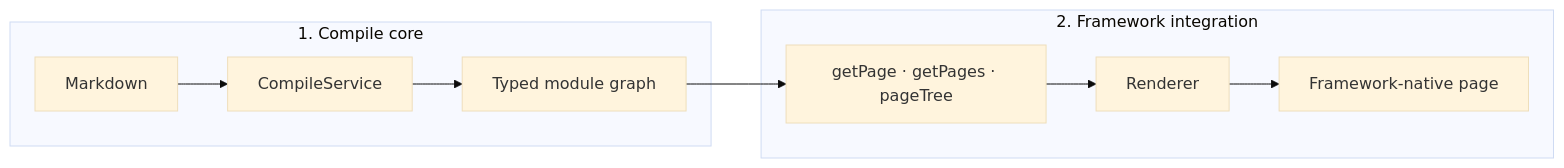
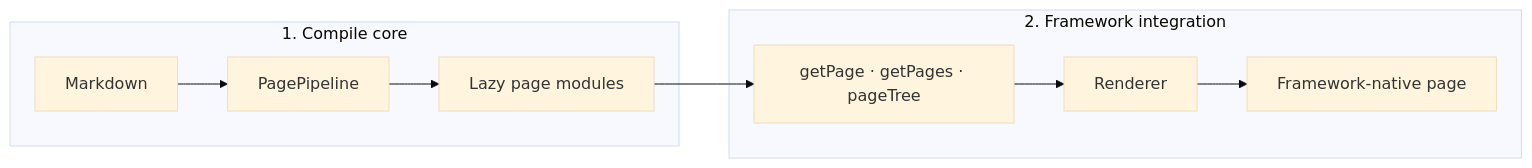
Before and after one commit to kanakkholwal/docvia: the diagram in apps/web/src/docs/guide/index.md, drawn with Mermaid (base theme). The commit also changed other lines of this file and 164 other files, not shown here.

````diff
--- a/apps/web/src/docs/guide/index.md
+++ b/apps/web/src/docs/guide/index.md
@@ -30,10 +30,10 @@
 ```mermaid
 %% title: The two halves
 flowchart LR
   subgraph core ["1. Compile core"]
-    MD["Markdown"] --> CS["CompileService"] --> MG["Typed module graph"]
+    MD["Markdown"] --> CS["PagePipeline"] --> MG["Lazy page modules"]
   end
   subgraph app ["2. Framework integration"]
     MG --> SRC["getPage · getPages · pageTree"] --> REN["Renderer"] --> PAGE["Framework-native page"]
   end
 ```
````
